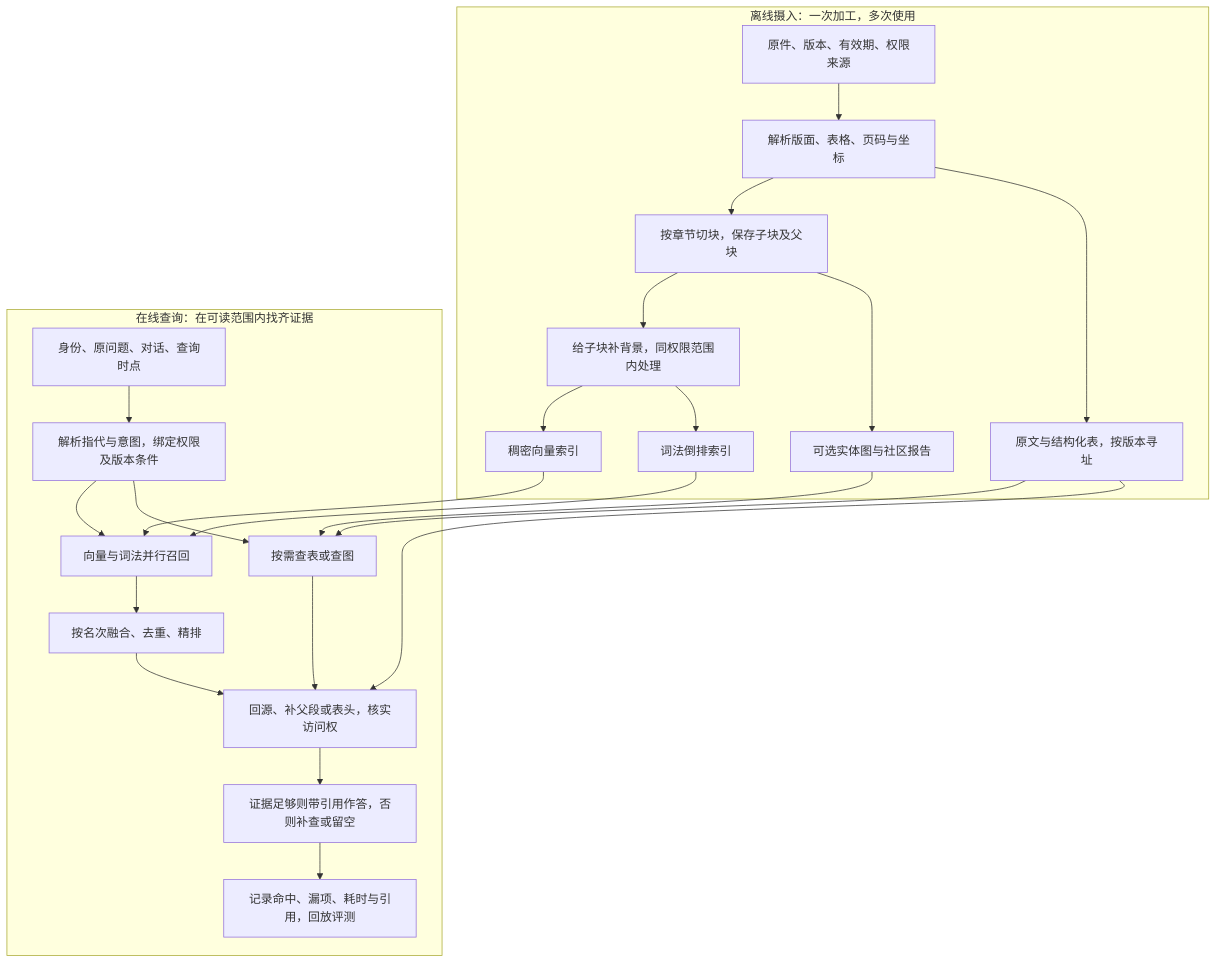
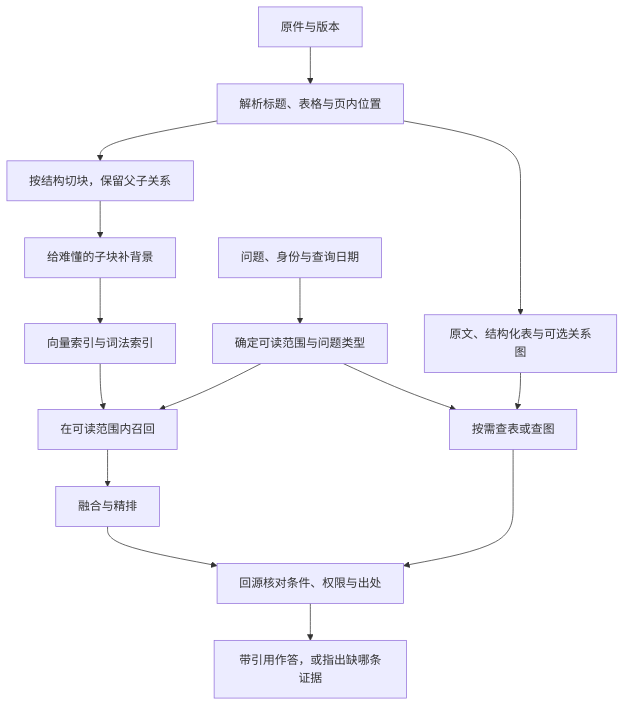
Before and after one commit to echonoshy/agent-engineering-handbook: the diagram in 07-rag-and-modern-retrieval/01-modern-rag-pipeline-and-evolution.md, drawn with Mermaid. The commit also changed other lines of this file and 21 other files, not shown here.

````diff
--- a/07-rag-and-modern-retrieval/01-modern-rag-pipeline-and-evolution.md
+++ b/07-rag-and-modern-retrieval/01-modern-rag-pipeline-and-evolution.md
@@ -9,27 +7,17 @@
 ```mermaid
 flowchart TD
-    subgraph OFF["离线摄入：一次加工，多次使用"]
-        S["原件、版本、有效期、权限来源"] --> P["解析版面、表格、页码与坐标"]
-        P --> C["按章节切块，保存子块及父块"]
-        C --> X["给子块补背景，同权限范围内处理"]
-        X --> V["稠密向量索引"]
-        X --> B["词法倒排索引"]
-        C --> G["可选实体图与社区报告"]
-        P --> O["原文与结构化表，按版本寻址"]
-    end
-    subgraph ON["在线查询：在可读范围内找齐证据"]
-        Q["身份、原问题、对话、查询时点"] --> R["解析指代与意图，绑定权限及版本条件"]
-        R --> H["向量与词法并行召回"]
-        R --> J["按需查表或查图"]
-        H --> F["按名次融合、去重、精排"]
-        J --> E["回源、补父段或表头，核实访问权"]
-        F --> E
-        E --> A["证据足够则带引用作答，否则补查或留空"]
-        A --> T["记录命中、漏项、耗时与引用，回放评测"]
-    end
-    V --> H
-    B --> H
-    G --> J
-    O --> J
-    O --> E
+    A["原件与版本"] --> B["解析标题、表格与页内位置"]
+    B --> C["按结构切块，保留父子关系"]
+    C --> D["给难懂的子块补背景"]
+    D --> E["向量索引与词法索引"]
+    B --> F["原文、结构化表与可选关系图"]
+    Q["问题、身份与查询日期"] --> R["确定可读范围与问题类型"]
+    R --> H["在可读范围内召回"]
+    E --> H
+    H --> S["融合与精排"]
+    R --> T["按需查表或查图"]
+    F --> T
+    S --> V["回源核对条件、权限与出处"]
+    T --> V
+    V --> Z["带引用作答，或指出缺哪条证据"]
 ```
````
